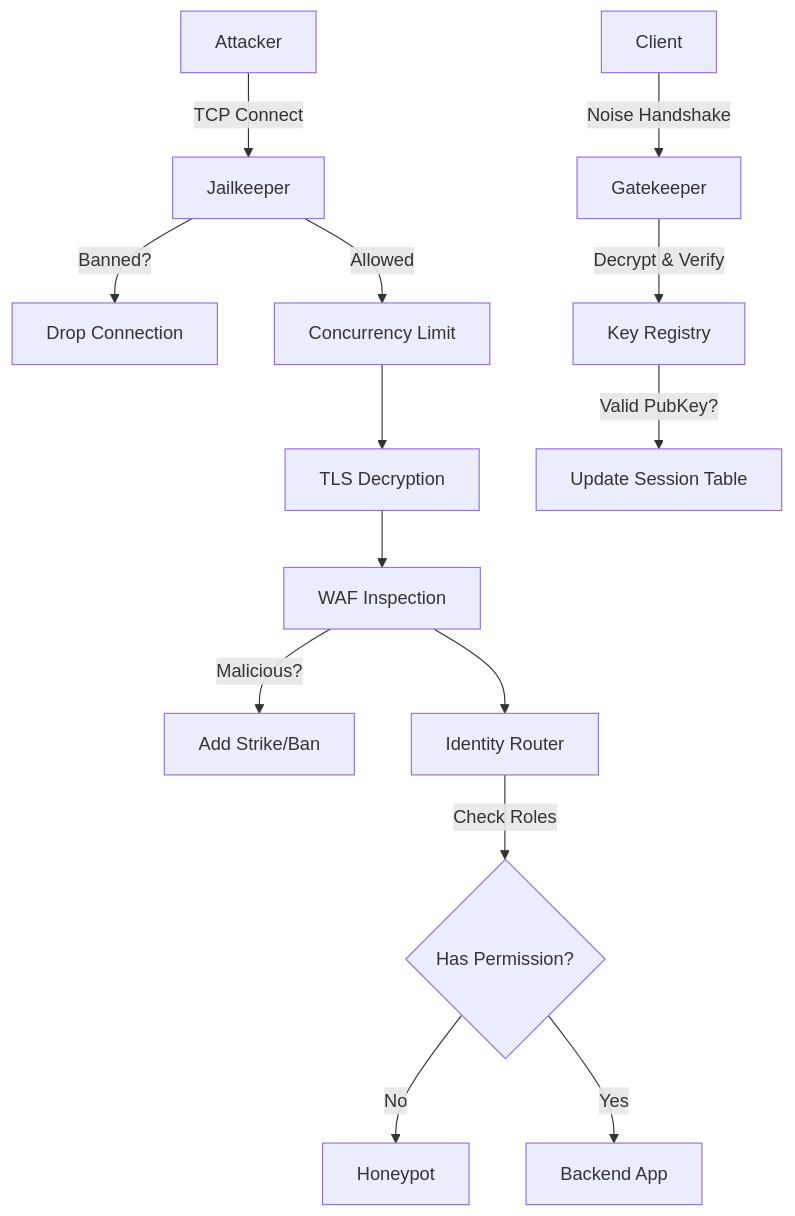
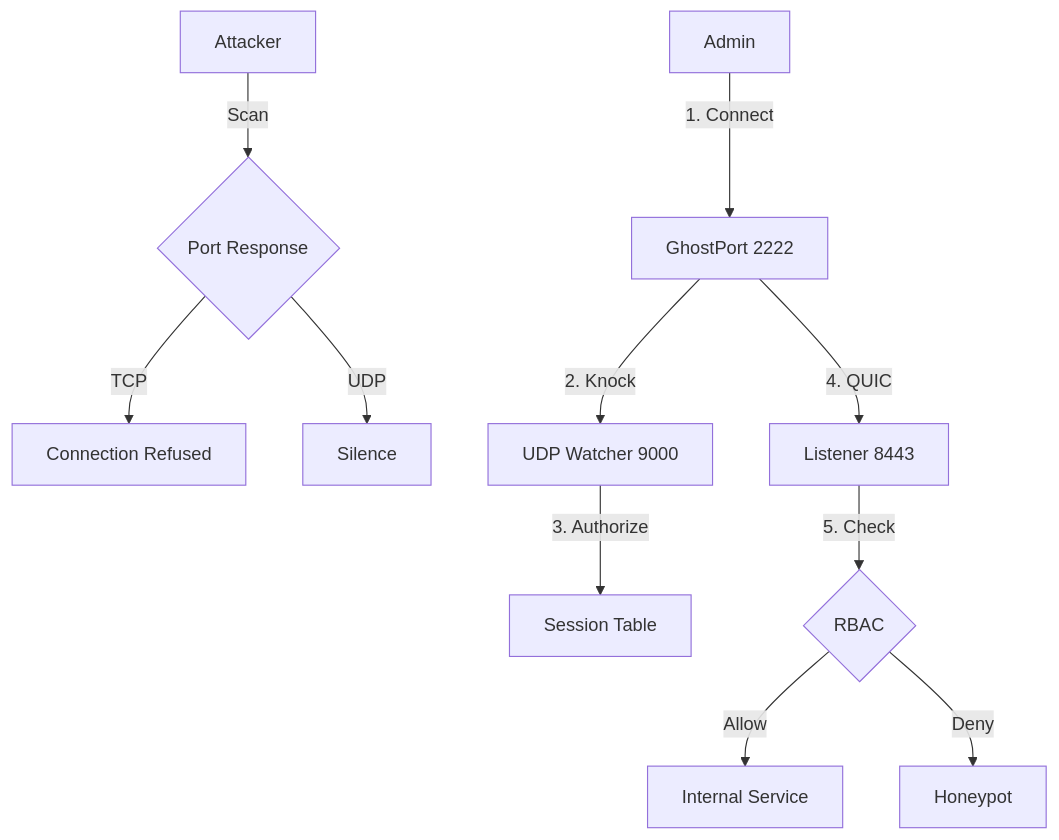
One commit to PeteMadCoder/GhostPort changed the diagram in README.md. Above: the diagram before and after it, drawn with Mermaid. The commit also changed other lines of this file and 13 other files, not shown here.

````diff
--- a/README.md
+++ b/README.md
@@ -19,20 +40,15 @@
 ```mermaid
 graph TD
-    Attacker[Attacker] -->|TCP Connect| Jail[Jailkeeper]
-    Jail -->|Banned?| Drop[Drop Connection]
+    A[Attacker] -->|Scan| B{Port Response}
+    B -->|TCP| C[Connection Refused]
+    B -->|UDP| D[Silence]
     
-    Client[Client] -->|Noise Handshake| Gate[Gatekeeper]
-    Gate -->|Decrypt & Verify| Auth[Key Registry]
-    Auth -->|Valid PubKey?| Whitelist[Update Session Table]
+    E[Admin] -->|1. Connect| F[GhostPort 2222]
+    F -->|2. Knock| G[UDP Watcher 9000]
+    G -->|3. Authorize| H[Session Table]
     
-    Jail -->|Allowed| Semaphore[Concurrency Limit]
-    Semaphore --> TLS[TLS Decryption]
-    TLS --> WAF[WAF Inspection]
-    WAF -->|Malicious?| Strike[Add Strike/Ban]
-    
-    WAF --> Router[Identity Router]
-    Router -->|Check Roles| RBAC{Has Permission?}
-    
-    RBAC -->|No| Honeypot[Honeypot]
-    RBAC -->|Yes| Backend[Backend App]
+    F -->|4. QUIC| I[Listener 8443]
+    I -->|5. Check| J{RBAC}
+    J -->|Allow| K[Internal Service]
+    J -->|Deny| L[Honeypot]
 ```
````
